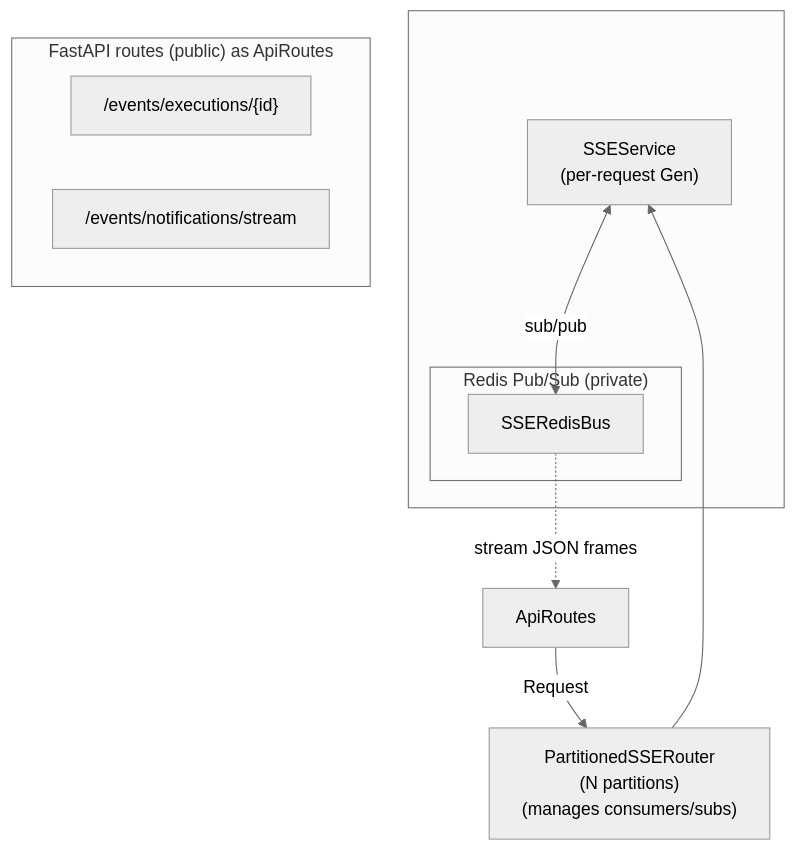
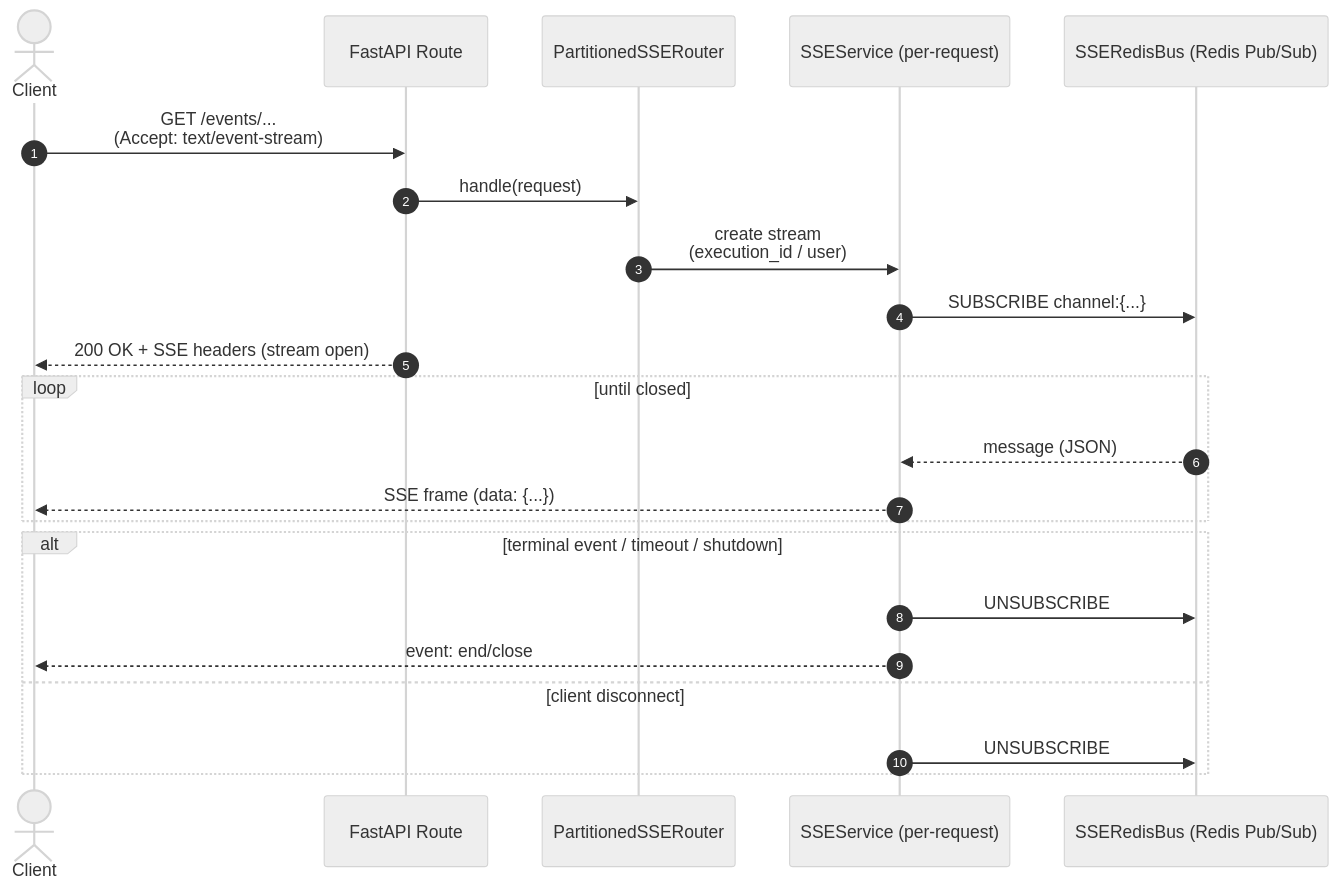
Before and after one commit to HardMax71/Integr8sCode: the fourth of 6 diagrams in files_for_readme/ARCHITECTURE_IN_DETAILS.md, drawn with Mermaid. The commit also changed other lines of this file and 3 other files, not shown here.

Commit message:
bumped readme + updated schemas

````diff
--- a/files_for_readme/ARCHITECTURE_IN_DETAILS.md
+++ b/files_for_readme/ARCHITECTURE_IN_DETAILS.md
@@ -276,28 +160,28 @@
 ```mermaid
-%%{init: {'theme': 'neutral'}}%%
-graph TD
-    subgraph " "
-        SSEService["SSEService<br/>(per-request Gen)"]
-        subgraph "Redis Pub/Sub (private)"
-            RedisBus["SSERedisBus"]
-        end
-    end
+ %%{init: {'theme': 'neutral'}}%%
+  sequenceDiagram
+      autonumber
+      actor Client
+      participant Api as FastAPI Route
+      participant Router as PartitionedSSERouter
+      participant SSE as SSEService (per-request)
+      participant Bus as SSERedisBus (Redis Pub/Sub)
 
-    Router["PartitionedSSERouter<br/>(N partitions)<br/>(manages consumers/subs)"]
+      Client->>Api: GET /events/...<br>(Accept: text/event-stream)
+      Api->>Router: handle(request)
+      Router->>SSE: create stream<br>(execution_id / user)
+      SSE->>Bus: SUBSCRIBE channel:{...}
+      Api-->>Client: 200 OK + SSE headers (stream open)
 
-    subgraph "FastAPI routes (public)" as ApiRoutes
-        direction LR
-        RouteExec["/events/executions/{id}"]
-        RouteNotify["/events/notifications/stream"]
-    end
+      loop until closed
+          Bus-->>SSE: message (JSON)
+          SSE-->>Client: SSE frame (data: {...})
+      end
 
-    %% ---- Connections ----
-
-    %% Control/Request Flow
-    ApiRoutes -- "Request" --> Router
-    Router --> SSEService
-    SSEService <--> |"sub/pub"| RedisBus
-
-    %% Data Stream Flow
-    RedisBus -.-> |"stream JSON frames"| ApiRoutes
+      alt terminal event / timeout / shutdown
+          SSE->>Bus: UNSUBSCRIBE
+          SSE-->>Client: event: end/close
+      else client disconnect
+          SSE->>Bus: UNSUBSCRIBE
+      end
 ```
````
